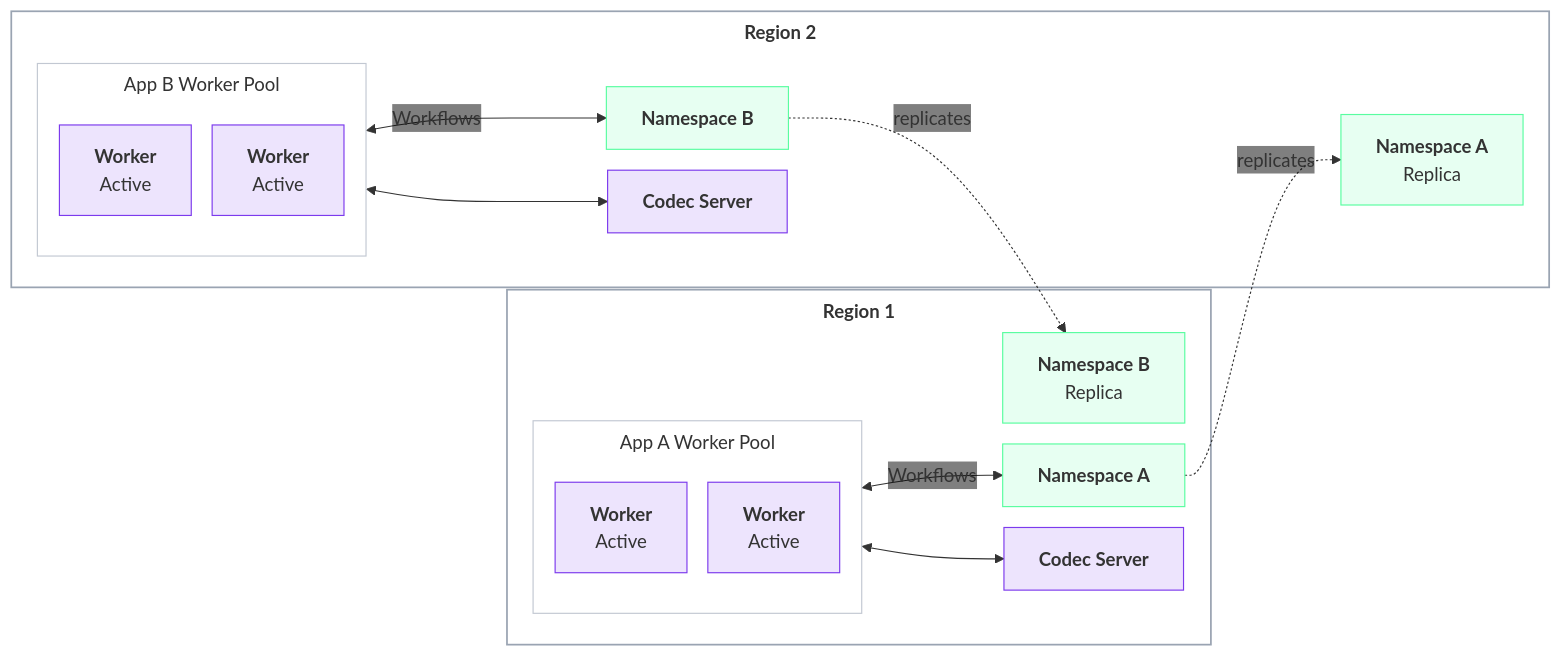
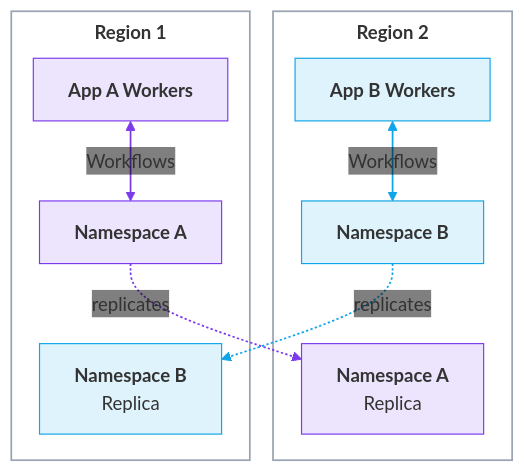
Before and after one commit to temporalio/documentation: diagram 21 of 23 in docs/cloud/high-availability/deployment-patterns.mdx, drawn with Mermaid. The commit also changed other lines of this file, not shown here.

````diff
--- a/docs/cloud/high-availability/deployment-patterns.mdx
+++ b/docs/cloud/high-availability/deployment-patterns.mdx
@@ -704,35 +776,26 @@
 ```mermaid
 %%{init: {'themeVariables':{'fontFamily':'Inter, ui-sans-serif, system-ui, sans-serif','edgeLabelBackground':'transparent'},'flowchart':{'nodeSpacing':18,'rankSpacing':45,'curve':'basis','subGraphTitleMargin':{'top':6,'bottom':12}}}}%%
-flowchart LR
-    classDef worker fill:#7C3AED22,stroke:#7C3AED,stroke-width:1px;
-    classDef ns fill:#59FDA024,stroke:#59FDA0,stroke-width:1px;
-    classDef ext fill:#7C3AED22,stroke:#7C3AED,stroke-width:1px;
+flowchart TD
+    classDef appA fill:#7C3AED22,stroke:#7C3AED,stroke-width:1px;
+    classDef appB fill:#0EA5E922,stroke:#0EA5E9,stroke-width:1px;
     classDef region fill:transparent,stroke:#9aa4b2,stroke-width:1.5px;
-    classDef pool fill:transparent,stroke:#c2c8d2,stroke-width:1px;
+    subgraph DUNR2["<b>Region 2</b>"]
+      DUNWPB["<b>App B Workers</b>"]:::appB
+      DUNNBa["<b>Namespace B</b>"]:::appB
+      DUNNAp["<b>Namespace A</b><br/>Replica"]:::appA
+      DUNWPB <-->|Workflows| DUNNBa
+    end
     subgraph DUNR1["<b>Region 1</b>"]
-      subgraph DUNWPA["App A Worker Pool"]
-        DUNA1["<b>Worker</b><br/>Active"]:::worker
-        DUNA2["<b>Worker</b><br/>Active"]:::worker
-      end
-      DUNNAa["<b>Namespace A</b>"]:::ns
-      DUNNBp["<b>Namespace B</b><br/>Replica"]:::ns
-      DUNCODEC1["<b>Codec Server</b>"]:::ext
+      DUNWPA["<b>App A Workers</b>"]:::appA
+      DUNNAa["<b>Namespace A</b>"]:::appA
+      DUNNBp["<b>Namespace B</b><br/>Replica"]:::appB
       DUNWPA <-->|Workflows| DUNNAa
-      DUNWPA <--> DUNCODEC1
-    end
-    subgraph DUNR2["<b>Region 2</b>"]
-      subgraph DUNWPB["App B Worker Pool"]
-        DUNB1["<b>Worker</b><br/>Active"]:::worker
-        DUNB2["<b>Worker</b><br/>Active"]:::worker
-      end
-      DUNNBa["<b>Namespace B</b>"]:::ns
-      DUNNAp["<b>Namespace A</b><br/>Replica"]:::ns
-      DUNCODEC2["<b>Codec Server</b>"]:::ext
-      DUNWPB <-->|Workflows| DUNNBa
-      DUNWPB <--> DUNCODEC2
     end
     DUNNAa -. replicates .-> DUNNAp
     DUNNBa -. replicates .-> DUNNBp
+    linkStyle 0 stroke:#0EA5E9,stroke-width:1.5px
+    linkStyle 1 stroke:#7C3AED,stroke-width:1.5px
+    linkStyle 2 stroke:#7C3AED,stroke-width:1.5px
+    linkStyle 3 stroke:#0EA5E9,stroke-width:1.5px
     class DUNR1,DUNR2 region
-    class DUNWPA,DUNWPB pool
 ```
````
